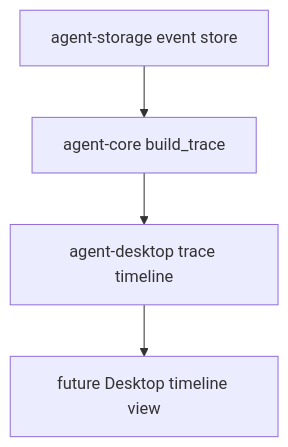
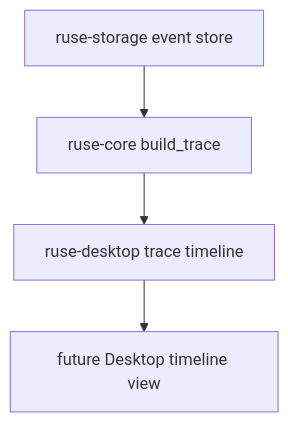
The diagram in docs/specs/M10-04-trace-timeline.spec.md (poneding/agent), drawn with Mermaid before and after one commit. The commit also changed other lines of this file and 2091 other files, not shown here.

First line of the commit message:
refactor: rename agent branding to ruse

````diff
--- a/docs/specs/M10-04-trace-timeline.spec.md
+++ b/docs/specs/M10-04-trace-timeline.spec.md
@@ -31,6 +31,6 @@
 ```mermaid
 flowchart TD
-  storage["agent-storage event store"] --> core["agent-core build_trace"]
-  core --> desktop["agent-desktop trace timeline"]
+  storage["ruse-storage event store"] --> core["ruse-core build_trace"]
+  core --> desktop["ruse-desktop trace timeline"]
   desktop --> future_ui["future Desktop timeline view"]
 ```
````
